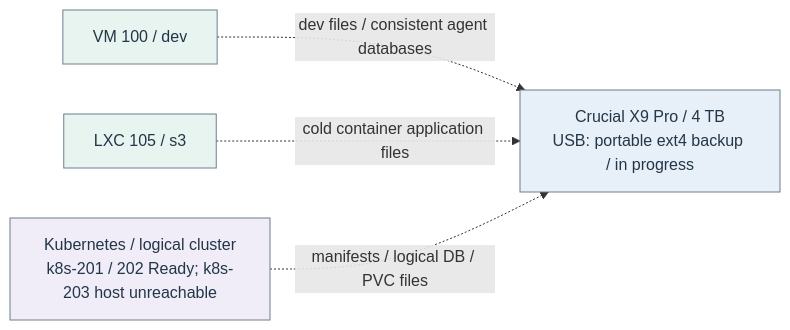
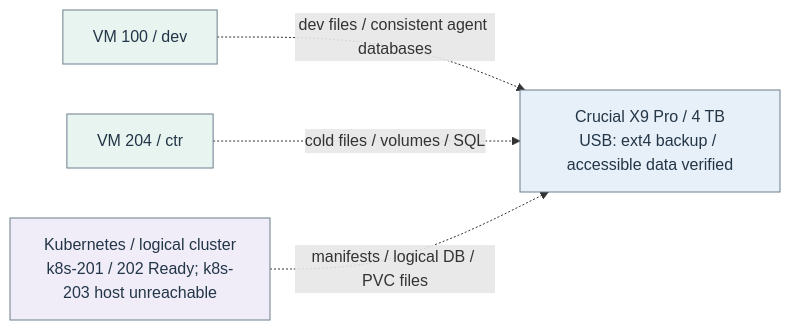
One commit to Harsh-2002/Homelab changed diagram 22 of 22 in docs/architecture/homelab-mermaid.md. Above: the diagram before and after it, drawn with Mermaid. The commit also changed other lines of this file and 21 other files, not shown here.

Commit message:
Verify portable data backups from px10 and px20

````diff
--- a/docs/architecture/homelab-mermaid.md
+++ b/docs/architecture/homelab-mermaid.md
@@ -618,16 +618,16 @@
 ```mermaid
 flowchart LR
-  n_flow_15_0["Crucial X9 Pro / 4 TB<br/>USB: portable ext4 backup / in progress"]
+  n_flow_15_0["Crucial X9 Pro / 4 TB<br/>USB: ext4 backup / accessible data verified"]
   n_flow_15_1["VM 100 / dev"]
-  n_flow_15_2["LXC 105 / s3"]
+  n_flow_15_2["VM 204 / ctr"]
   n_flow_15_3["Kubernetes / logical cluster<br/>k8s-201 / 202 Ready; k8s-203 host unreachable"]
   n_flow_15_1 -.->|"dev files / consistent agent databases"| n_flow_15_0
-  n_flow_15_2 -.->|"cold container application files"| n_flow_15_0
+  n_flow_15_2 -.->|"cold files / volumes / SQL"| n_flow_15_0
   n_flow_15_3 -.->|"manifests / logical DB / PVC files"| n_flow_15_0
   classDef c_flow_15_0 fill:#e7eff8,stroke:#6c7f8c,color:#233647;
   class n_flow_15_0 c_flow_15_0;
   classDef c_flow_15_1 fill:#e8f4f0,stroke:#6c7f8c,color:#233647;
   class n_flow_15_1,n_flow_15_2 c_flow_15_1;
   classDef c_flow_15_2 fill:#f0edf9,stroke:#6c7f8c,color:#233647;
   class n_flow_15_3 c_flow_15_2;
 ```
````
